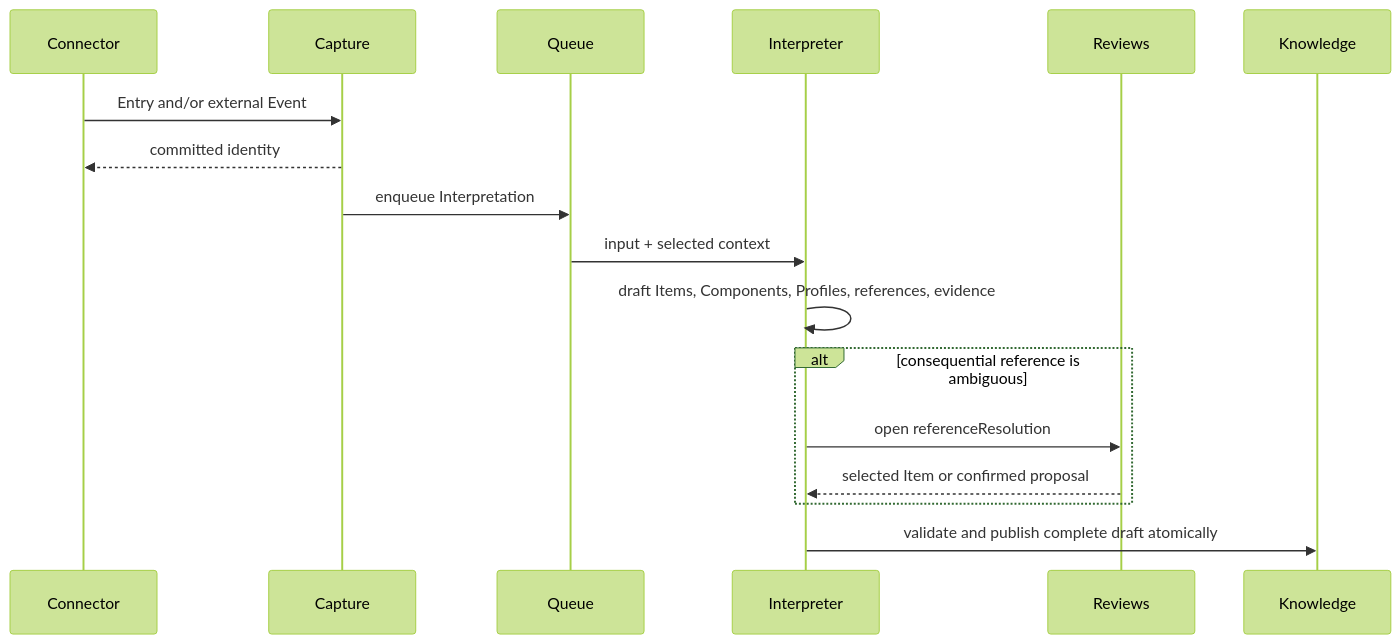
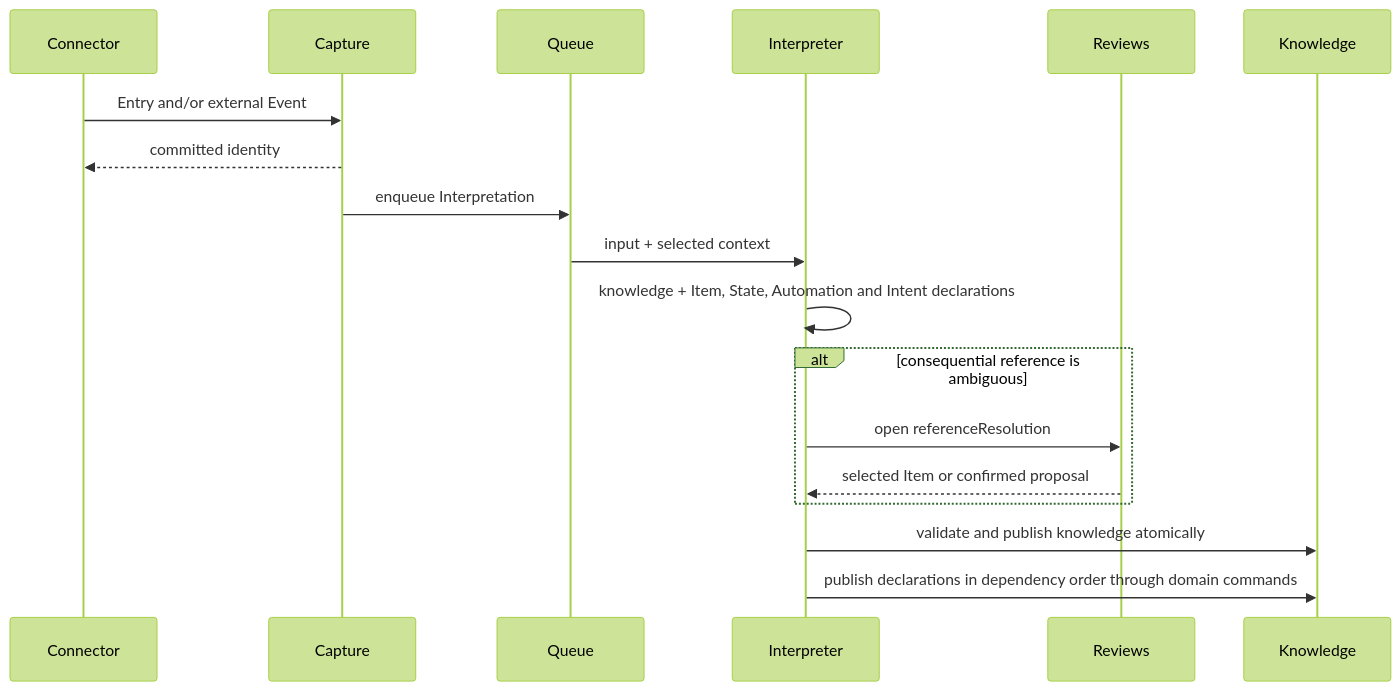
The first of 9 diagrams in docs/flows.md (itmarck/wingman), drawn with Mermaid (forest theme) before and after one commit. The commit also changed other lines of this file and 77 other files, not shown here.

````diff
--- a/docs/flows.md
+++ b/docs/flows.md
@@ -9,20 +9,21 @@
 ```mermaid
 sequenceDiagram
     participant Connector
     participant Capture
     participant Queue
     participant Interpreter
     participant Reviews
     participant Knowledge
 
     Connector->>Capture: Entry and/or external Event
     Capture-->>Connector: committed identity
     Capture->>Queue: enqueue Interpretation
     Queue->>Interpreter: input + selected context
-    Interpreter->>Interpreter: draft Items, Components, Profiles, references, evidence
+    Interpreter->>Interpreter: knowledge + Item, State, Automation and Intent declarations
     alt consequential reference is ambiguous
         Interpreter->>Reviews: open referenceResolution
         Reviews-->>Interpreter: selected Item or confirmed proposal
     end
-    Interpreter->>Knowledge: validate and publish complete draft atomically
+    Interpreter->>Knowledge: validate and publish knowledge atomically
+    Interpreter->>Knowledge: publish declarations in dependency order through domain commands
 ```
````
